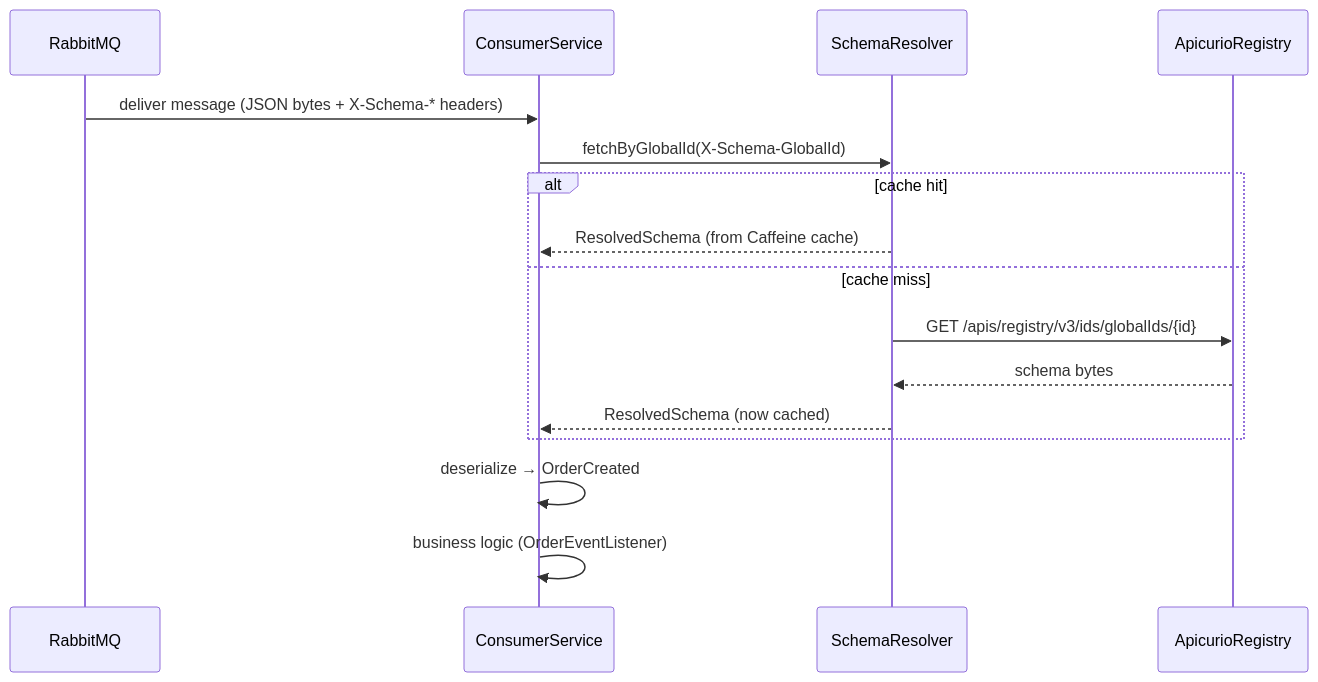
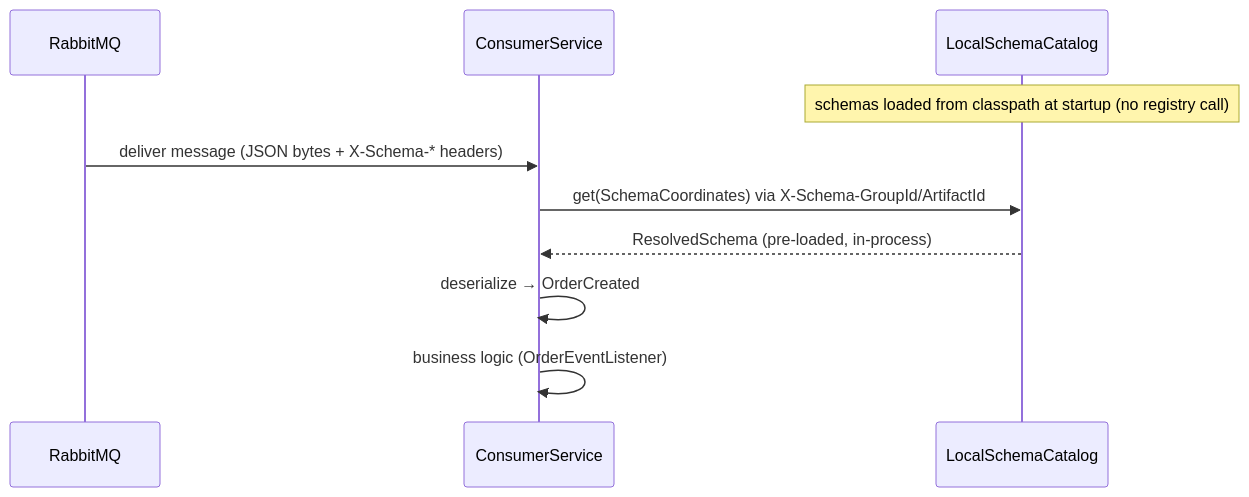
Before and after one commit to anarefin/schema-registry-demo: the second of 4 diagrams in README.md, drawn with Mermaid. The commit also changed other lines of this file and 68 other files, not shown here.

````diff
--- a/README.md
+++ b/README.md
@@ -236,19 +234,13 @@
 ```mermaid
 sequenceDiagram
     participant MQ as RabbitMQ
     participant CS as ConsumerService
-    participant R as SchemaResolver
-    participant A as ApicurioRegistry
+    participant L as LocalSchemaCatalog
 
+    Note over L: schemas loaded from classpath at startup (no registry call)
     MQ->>CS: deliver message (JSON bytes + X-Schema-* headers)
-    CS->>R: fetchByGlobalId(X-Schema-GlobalId)
-    alt cache hit
-        R-->>CS: ResolvedSchema (from Caffeine cache)
-    else cache miss
-        R->>A: GET /apis/registry/v3/ids/globalIds/{id}
-        A-->>R: schema bytes
-        R-->>CS: ResolvedSchema (now cached)
-    end
+    CS->>L: get(SchemaCoordinates) via X-Schema-GroupId/ArtifactId
+    L-->>CS: ResolvedSchema (pre-loaded, in-process)
     CS->>CS: deserialize → OrderCreated
     CS->>CS: business logic (OrderEventListener)
 ```
````
